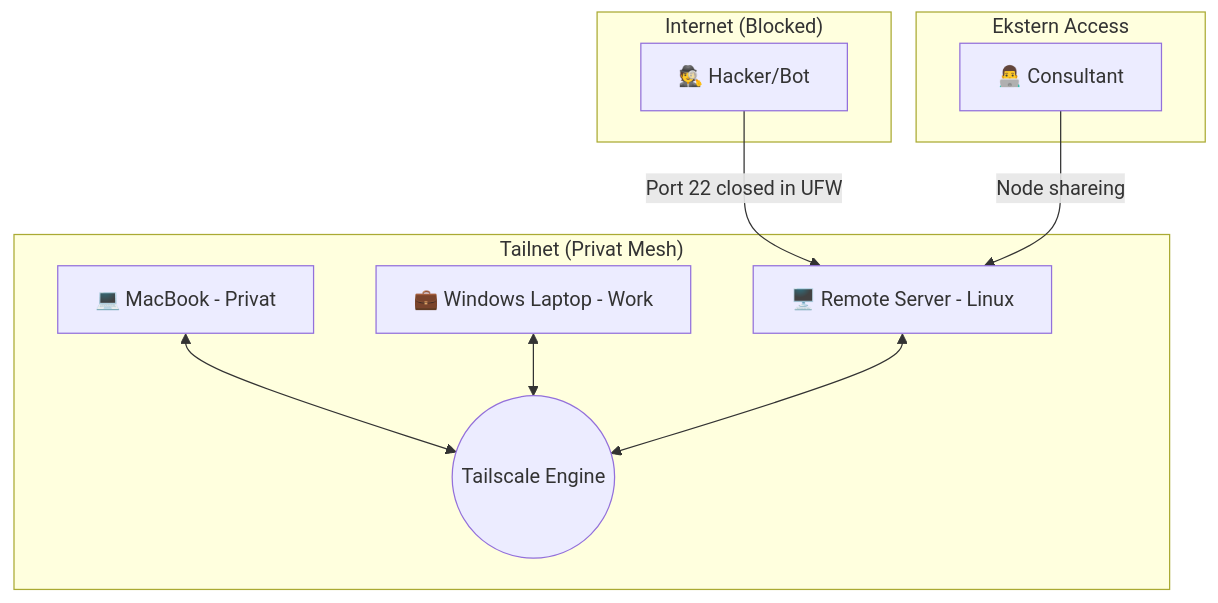
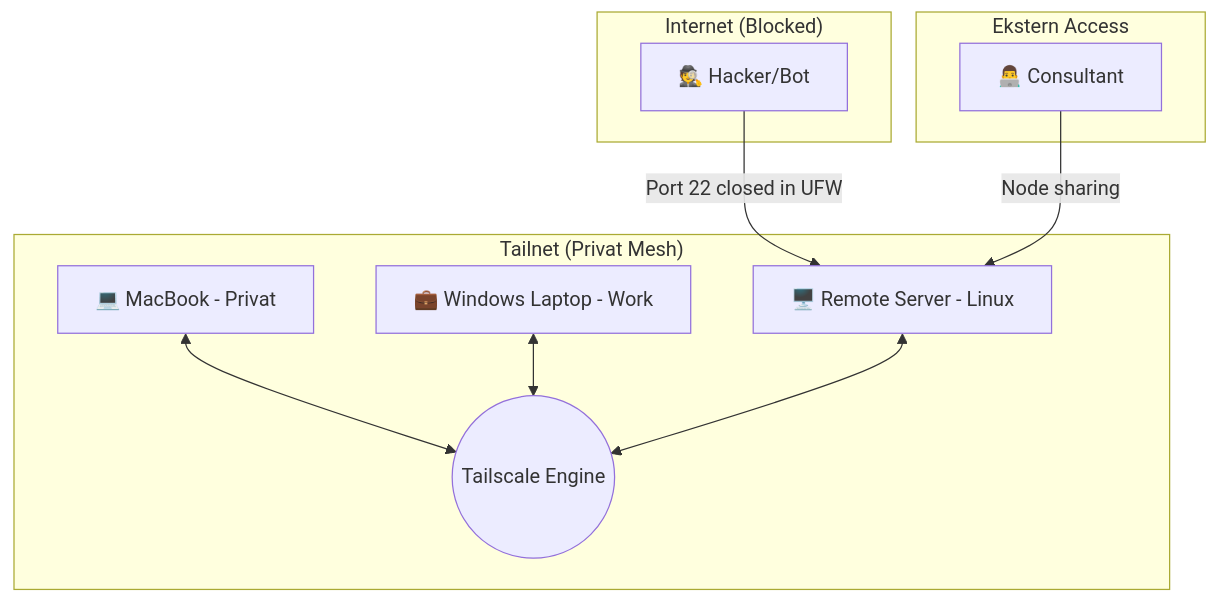
Before and after one commit to teejay2018/teejay2018.github.io: the diagram in _posts/2026-02-05-tailscale-setup.md, drawn with Mermaid.

Commit message:
spell correction

````diff
--- a/_posts/2026-02-05-tailscale-setup.md
+++ b/_posts/2026-02-05-tailscale-setup.md
@@ -20,16 +20,16 @@
 ```mermaid
 graph TD
     subgraph "Tailnet (Privat Mesh)"
         MB[💻 MacBook - Privat] <--> TS((Tailscale Engine))
         WP[💼 Windows Laptop - Work] <--> TS
         RS[🖥️ Remote Server - Linux] <--> TS
 	end 
 
     subgraph "Internet (Blocked)"
         Hacker[🕵️ Hacker/Bot] --Port 22 closed in UFW --> RS
     end
 
     subgraph "Ekstern Access"
-        CON[👨‍💻 Consultant] -- Node shareing --> RS
+        CON[👨‍💻 Consultant] -- Node sharing --> RS
     end
 ```
````
